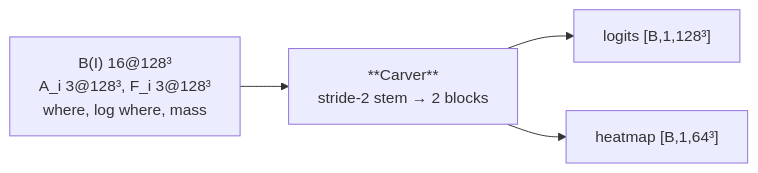
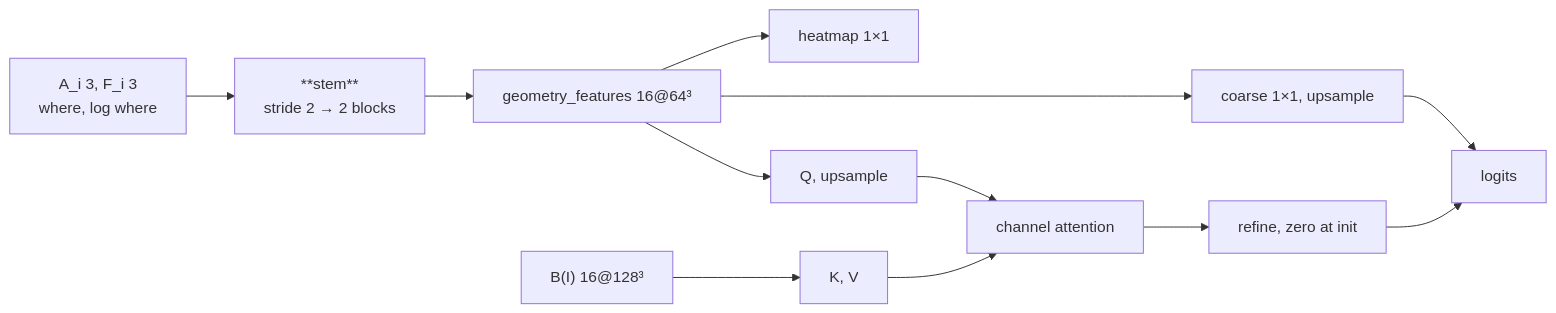
Before and after one commit to MaximeHuppe/SpatialVox: the diagram in documentation/Model Info/modules/Carver.md, drawn with Mermaid. The commit also changed other lines of this file and 17 other files, not shown here.

First line of the commit message:
Replace the carver with a geometry-only stem.

````diff
--- a/documentation/Model Info/modules/Carver.md
+++ b/documentation/Model Info/modules/Carver.md
@@ -17,6 +17,14 @@
 ```mermaid
 flowchart LR
-    A["B(I) 16@128³<br/>A_i 3@128³, F_i 3@128³<br/>where, log where, mass"] --> B["**Carver**<br/>stride-2 stem → 2 blocks"]
-    B --> C["logits [B,1,128³]"]
-    B --> D["heatmap [B,1,64³]"]
+    A["A_i 3, F_i 3<br/>where, log where"] --> B["**stem**<br/>stride 2 → 2 blocks"]
+    B --> G["geometry_features 16@64³"]
+    G --> C["coarse 1×1, upsample"]
+    G --> H["heatmap 1×1"]
+    G --> Q["Q, upsample"]
+    D["B(I) 16@128³"] --> K["K, V"]
+    Q --> R["channel attention"]
+    K --> R
+    R --> F["refine, zero at init"]
+    C --> L["logits"]
+    F --> L
 ```
````
